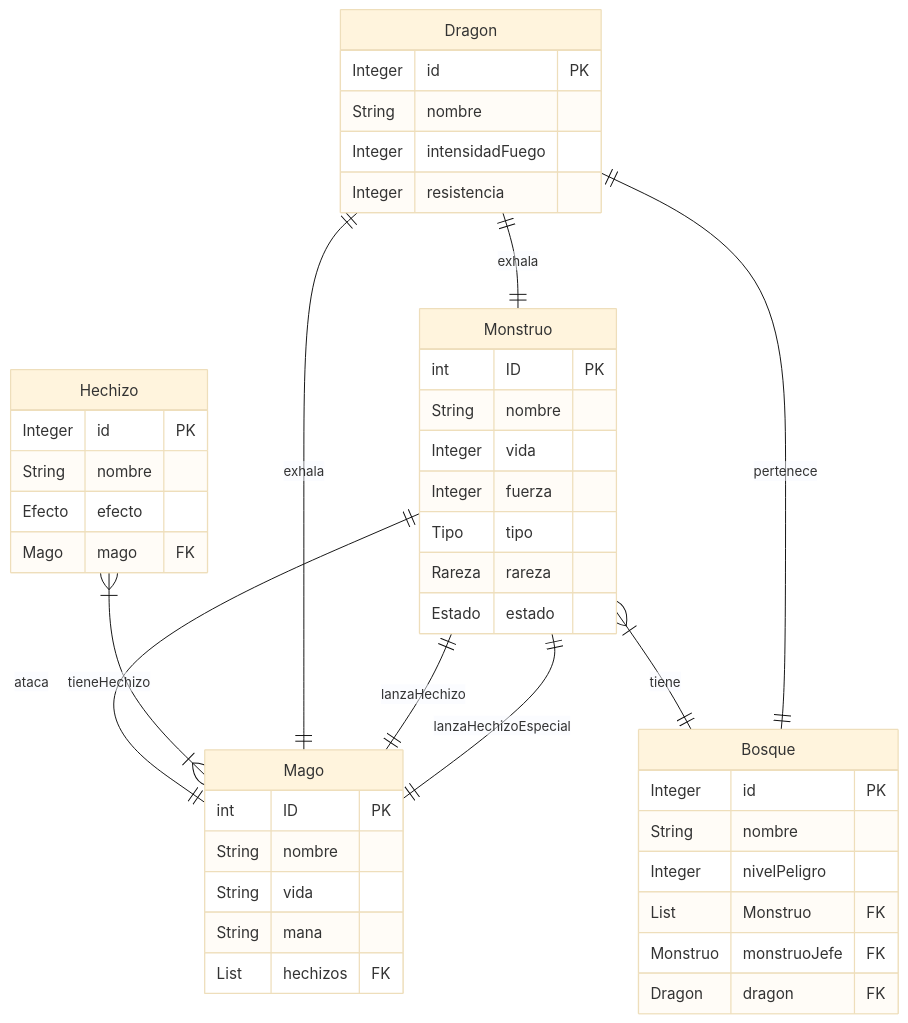
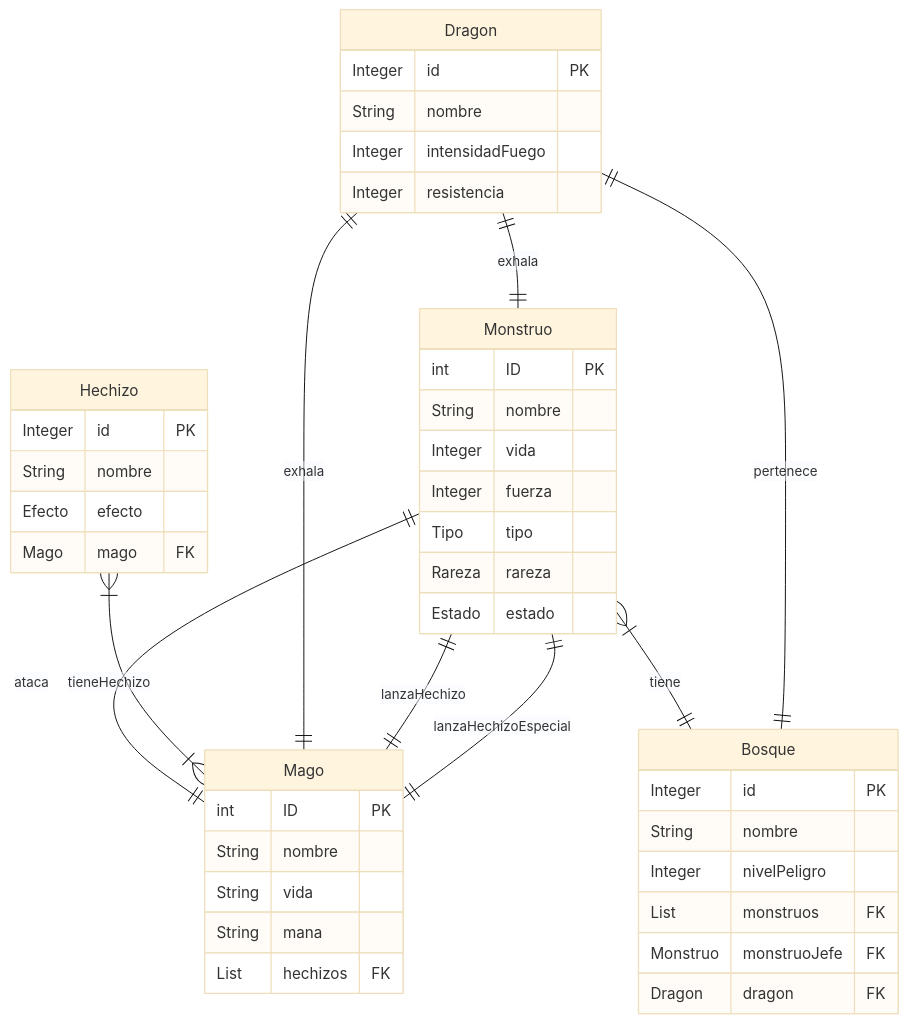
The second of 2 diagrams in README.md (Manuel-SanClemente/Dragolandia---Extendido), drawn with Mermaid (base theme) before and after one commit. The commit also changed other lines of this file, not shown here.

Commit message:
18/12 11:08

````diff
--- a/README.md
+++ b/README.md
@@ -141,53 +141,53 @@
 ```mermaid
 erDiagram
     Monstruo }|--|| Bosque : tiene
     Mago ||--|| Monstruo : lanzaHechizo
     Mago ||--|| Monstruo : lanzaHechizoEspecial
     Monstruo ||--|| Mago : ataca
     Hechizo }|--|{ Mago : tieneHechizo
     Dragon ||--|| Mago: exhala
     Dragon ||--|| Monstruo: exhala
     Dragon ||--|| Bosque: pertenece
   
 
     Mago {
         int ID PK
         String nombre
         String vida
         String mana
         List hechizos FK
     }
 
     Hechizo {
         Integer id PK
         String nombre
         Efecto efecto
         Mago mago FK
     }
 
     Monstruo {
         int ID PK
         String nombre
         Integer vida
         Integer fuerza
         Tipo tipo
         Rareza rareza
         Estado estado
     }
 
     Dragon {
         Integer id PK
         String nombre
         Integer intensidadFuego
         Integer resistencia
     }
 
     Bosque {
         Integer id PK
         String nombre
         Integer nivelPeligro
-        List Monstruo FK
+        List monstruos FK
         Monstruo monstruoJefe FK
         Dragon dragon FK
     }
 ```
````
